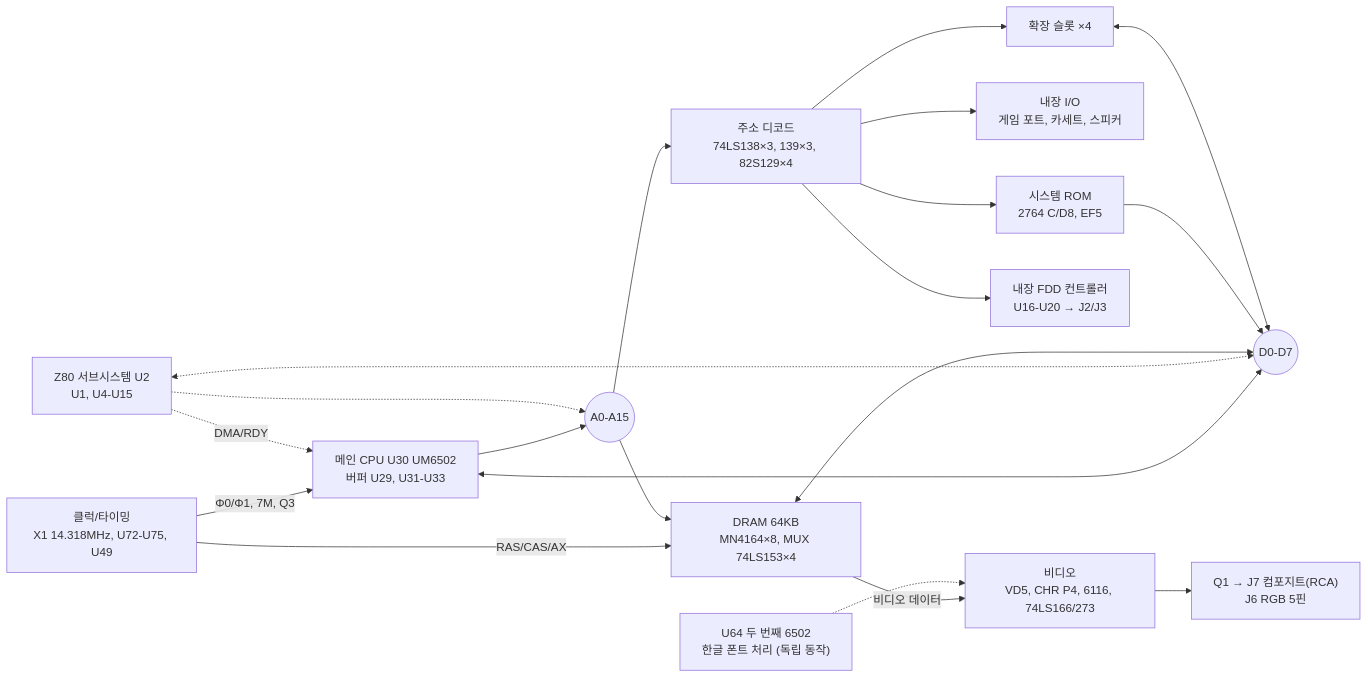
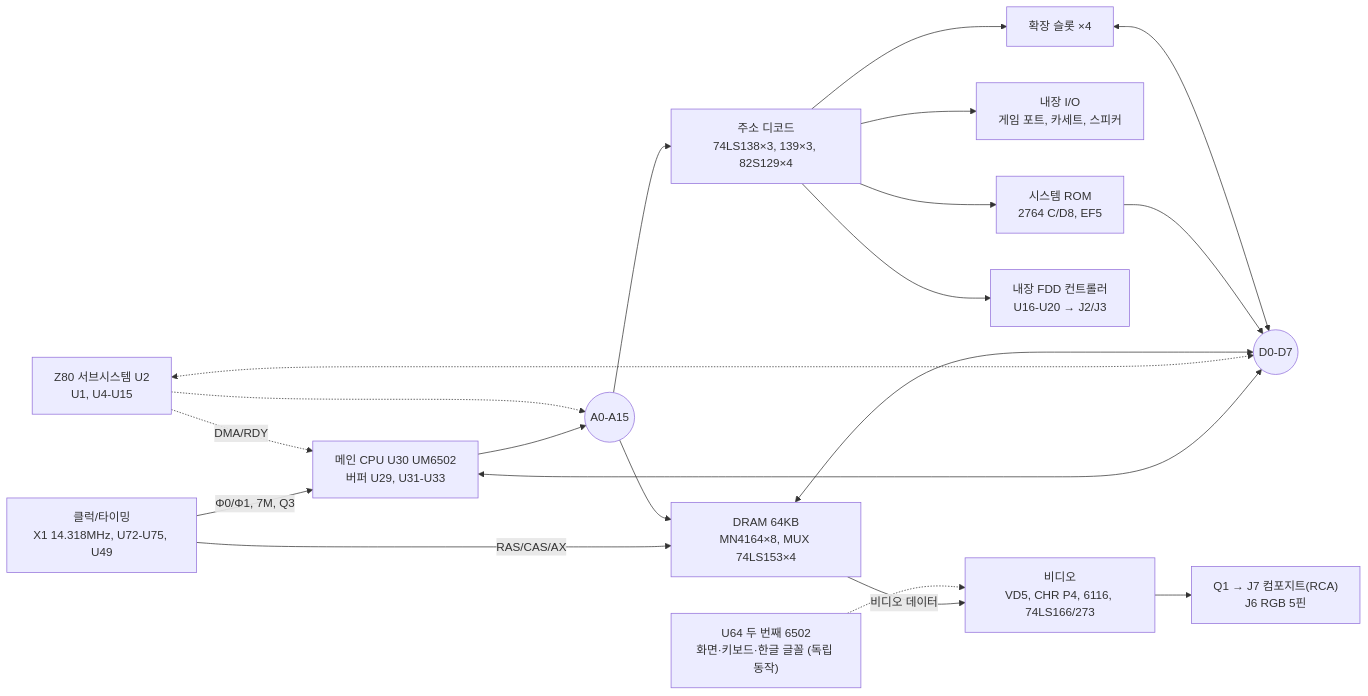
Before and after one commit to mildstorm/HART: the diagram in docs/02-system-architecture.md, drawn with Mermaid. The commit also changed other lines of this file and 8 other files, not shown here.

````diff
--- a/docs/02-system-architecture.md
+++ b/docs/02-system-architecture.md
@@ -11,22 +11,22 @@
 ```mermaid
 flowchart LR
   CLK["클럭/타이밍<br/>X1 14.318MHz, U72-U75, U49"] -->|Φ0/Φ1, 7M, Q3| CPU
   CLK -->|RAS/CAS/AX| RAM
   CPU["메인 CPU U30 UM6502<br/>버퍼 U29, U31-U33"] --> AB(("A0-A15"))
   CPU <--> DB(("D0-D7"))
   Z80["Z80 서브시스템 U2<br/>U1, U4-U15"] -.DMA/RDY.-> CPU
   Z80 -.-> AB
   Z80 <-.-> DB
   AB --> DEC["주소 디코드<br/>74LS138×3, 139×3, 82S129×4"]
   DEC --> ROM["시스템 ROM<br/>2764 C/D8, EF5"]
   DEC --> IO["내장 I/O<br/>게임 포트, 카세트, 스피커"]
   DEC --> SLOT["확장 슬롯 ×4"]
   DEC --> FDC["내장 FDD 컨트롤러<br/>U16-U20 → J2/J3"]
   AB --> RAM["DRAM 64KB<br/>MN4164×8, MUX 74LS153×4"]
   RAM <--> DB
   ROM --> DB
   RAM -->|비디오 데이터| VID["비디오<br/>VD5, CHR P4, 6116, 74LS166/273"]
   VID --> OUT["Q1 → J7 컴포지트(RCA)<br/>J6 RGB 5핀"]
-  U64["U64 두 번째 6502<br/>한글 폰트 처리 (독립 동작)"] -.-> VID
+  U64["U64 두 번째 6502<br/>화면·키보드·한글 글꼴 (독립 동작)"] -.-> VID
   SLOT <--> DB
 ```
````
